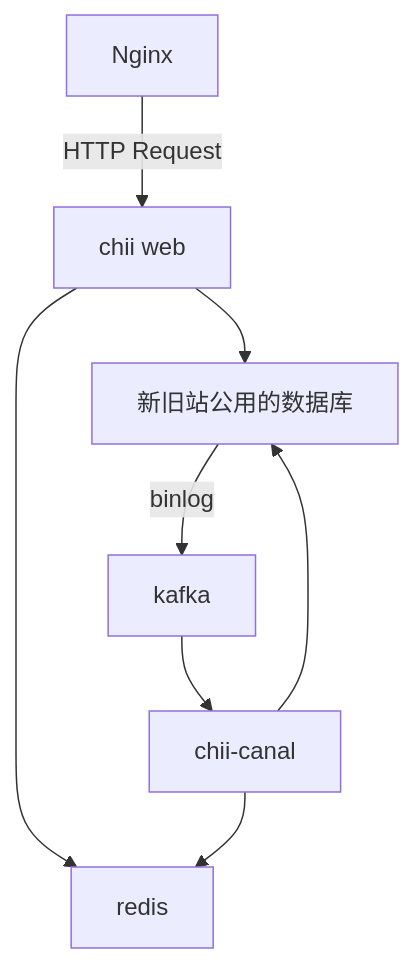
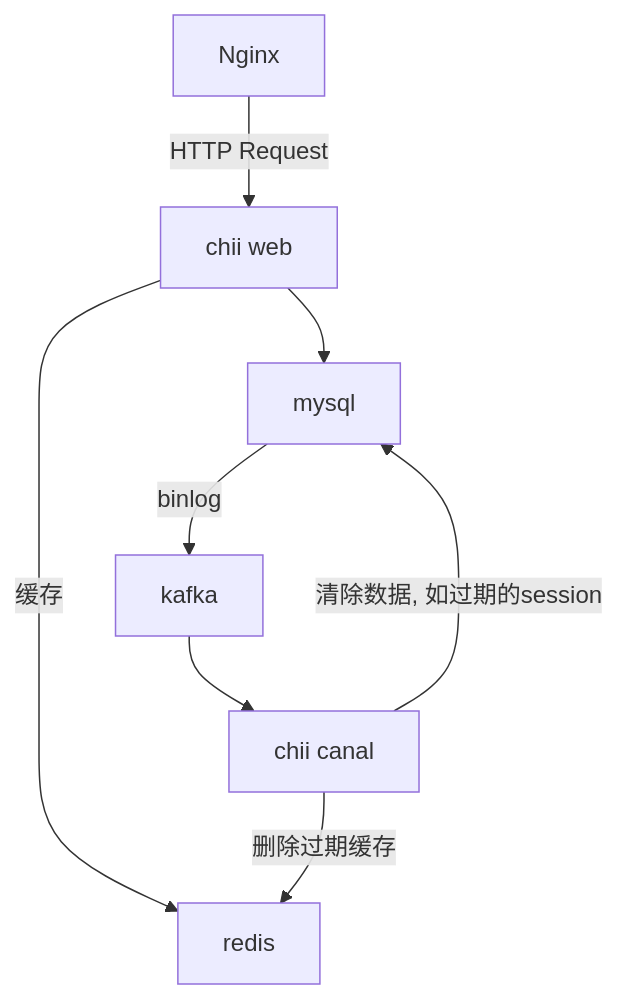
The diagram in readme.md (bangumi/server), drawn with Mermaid before and after one commit.

````diff
--- a/readme.md
+++ b/readme.md
@@ -65,13 +65,9 @@
 ```mermaid
 graph TD
-    A[Nginx] -->|HTTP Request| B[chii web]
-
-    mysql[新旧站公用的数据库] --> |binlog| kafka --> chii-canal
-
+    Nginx -->|HTTP Request| B[chii web]
+    mysql --> |binlog| kafka --> C[chii canal]
     B --> mysql
-    B --> redis
-
-    chii-canal --> redis
-
-    chii-canal --> mysql
+    B --> |缓存|redis
+    C --> |删除过期缓存| redis
+    C --> |清除数据, 如过期的session| mysql
 ```
````
